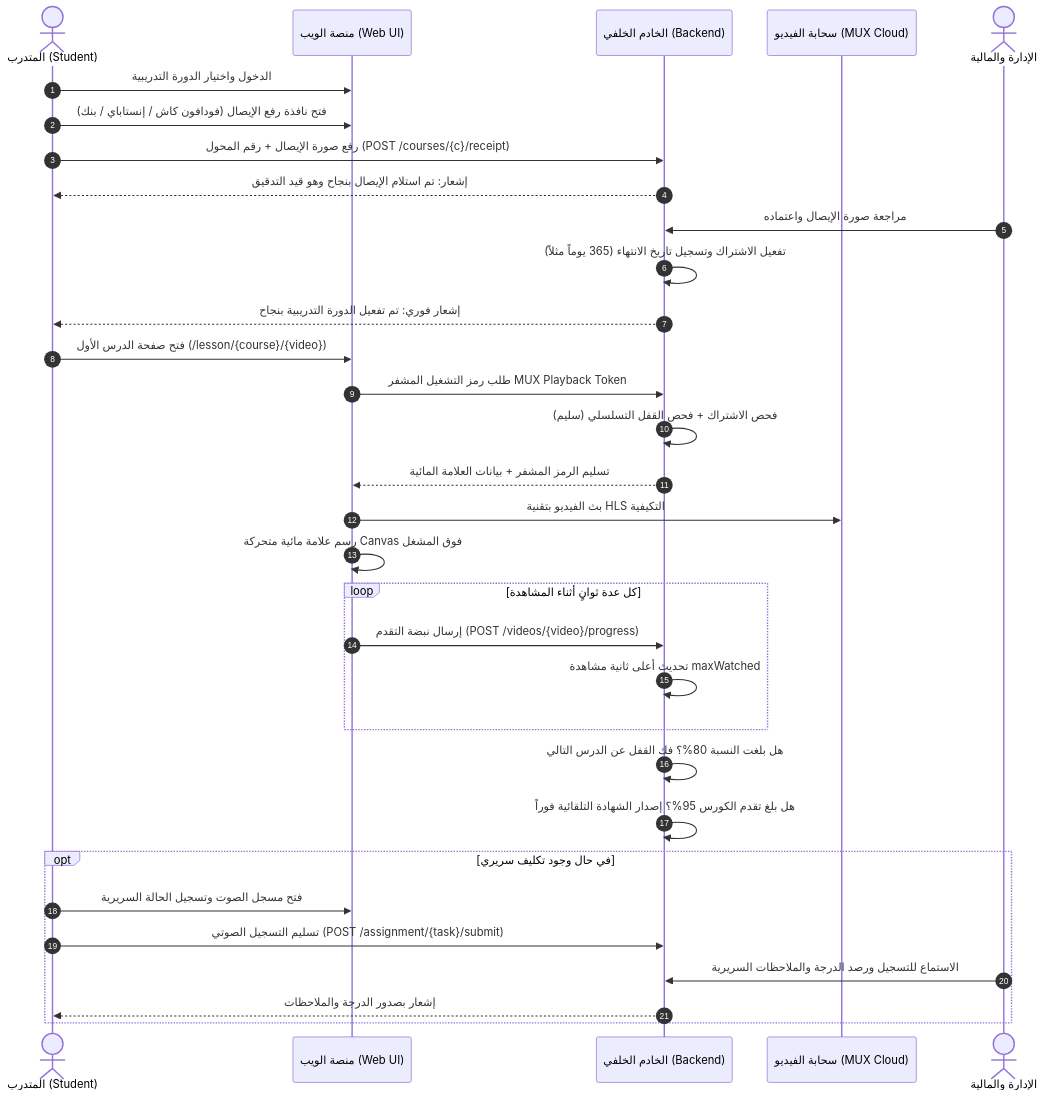
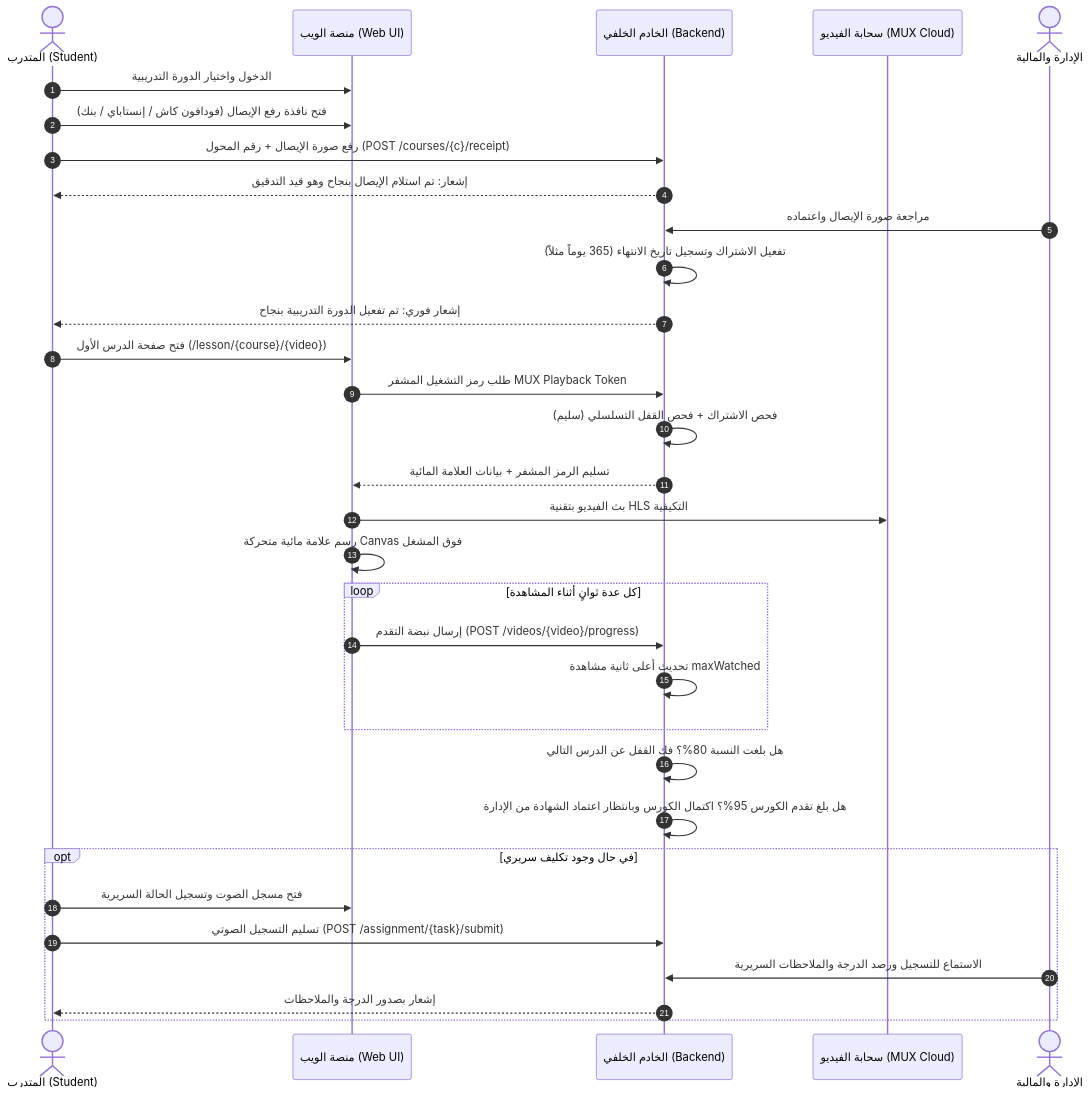
One commit to Abdogoda/Alameen changed the second of 4 diagrams in COMPLETE_PLATFORM_FLOWS_AND_CAPABILITIES.md. Above: the diagram before and after it, drawn with Mermaid. The commit also changed 6 other files, not shown here.

Commit message:
feat: implement student course controller, views, tests, and platform flows

````diff
--- a/COMPLETE_PLATFORM_FLOWS_AND_CAPABILITIES.md
+++ b/COMPLETE_PLATFORM_FLOWS_AND_CAPABILITIES.md
@@ -117,39 +117,39 @@
 ```mermaid
 sequenceDiagram
     autonumber
     actor Student as المتدرب (Student)
     participant Web as منصة الويب (Web UI)
     participant Core as الخادم الخلفي (Backend)
     participant MUX as سحابة الفيديو (MUX Cloud)
     actor Admin as الإدارة والمالية
 
     Student->>Web: الدخول واختيار الدورة التدريبية
     Student->>Web: فتح نافذة رفع الإيصال (فودافون كاش / إنستاباي / بنك)
     Student->>Core: رفع صورة الإيصال + رقم المحول (POST /courses/{c}/receipt)
     Core-->>Student: إشعار: تم استلام الإيصال بنجاح وهو قيد التدقيق
     Admin->>Core: مراجعة صورة الإيصال واعتماده
     Core->>Core: تفعيل الاشتراك وتسجيل تاريخ الانتهاء (365 يوماً مثلاً)
     Core-->>Student: إشعار فوري: تم تفعيل الدورة التدريبية بنجاح
 
     Student->>Web: فتح صفحة الدرس الأول (/lesson/{course}/{video})
     Web->>Core: طلب رمز التشغيل المشفر MUX Playback Token
     Core->>Core: فحص الاشتراك + فحص القفل التسلسلي (سليم)
     Core-->>Web: تسليم الرمز المشفر + بيانات العلامة المائية
     Web->>MUX: بث الفيديو بتقنية HLS التكيفية
     Web->>Web: رسم علامة مائية متحركة Canvas فوق المشغل
 
     loop كل عدة ثوانٍ أثناء المشاهدة
         Web->>Core: إرسال نبضة التقدم (POST /videos/{video}/progress)
         Core->>Core: تحديث أعلى ثانية مشاهدة maxWatched
     end
 
     Core->>Core: هل بلغت النسبة 80%؟ فك القفل عن الدرس التالي
-    Core->>Core: هل بلغ تقدم الكورس 95%؟ إصدار الشهادة التلقائية فوراً
+    Core->>Core: هل بلغ تقدم الكورس 95%؟ اكتمال الكورس وبانتظار اعتماد الشهادة من الإدارة
 
     opt في حال وجود تكليف سريري
         Student->>Web: فتح مسجل الصوت وتسجيل الحالة السريرية
         Student->>Core: تسليم التسجيل الصوتي (POST /assignment/{task}/submit)
         Admin->>Core: الاستماع للتسجيل ورصد الدرجة والملاحظات السريرية
         Core-->>Student: إشعار بصدور الدرجة والملاحظات
     end
 ```
````
